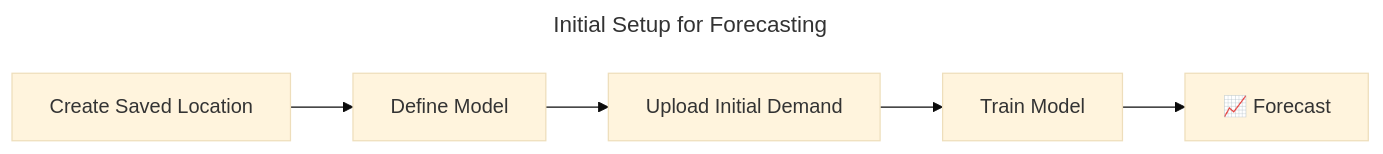
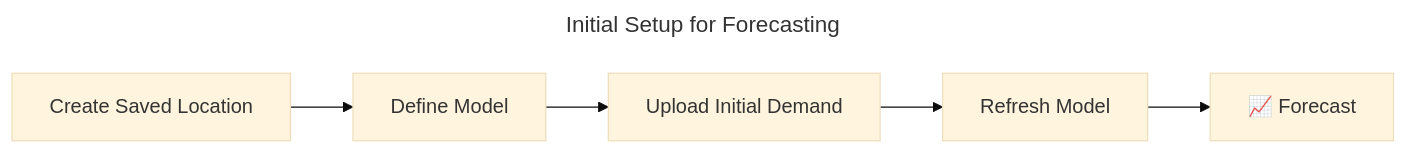
One commit to predicthq/gitbook-tech-docs changed the first of 2 diagrams in docs/tech-docs/getting-started/guides/forecasts-api-guides/getting-started.md. Above: the diagram before and after it, drawn with Mermaid (base theme). The commit also changed other lines of this file and 9 other files, not shown here.

First line of the commit message:
PROJ-1342: Document the CFFM foundation-model algorithm and refresh endpoint

````diff
--- a/docs/tech-docs/getting-started/guides/forecasts-api-guides/getting-started.md
+++ b/docs/tech-docs/getting-started/guides/forecasts-api-guides/getting-started.md
@@ -53,10 +53,10 @@
 ```mermaid
 ---
 title: Initial Setup for Forecasting
 ---
 flowchart LR
     A[Create Saved Location] --> B[Define Model]
     B --> C[Upload Initial Demand]
-    C --> D[Train Model]
+    C --> D[Refresh Model]
     D --> E[📈 Forecast]
 ```
````
